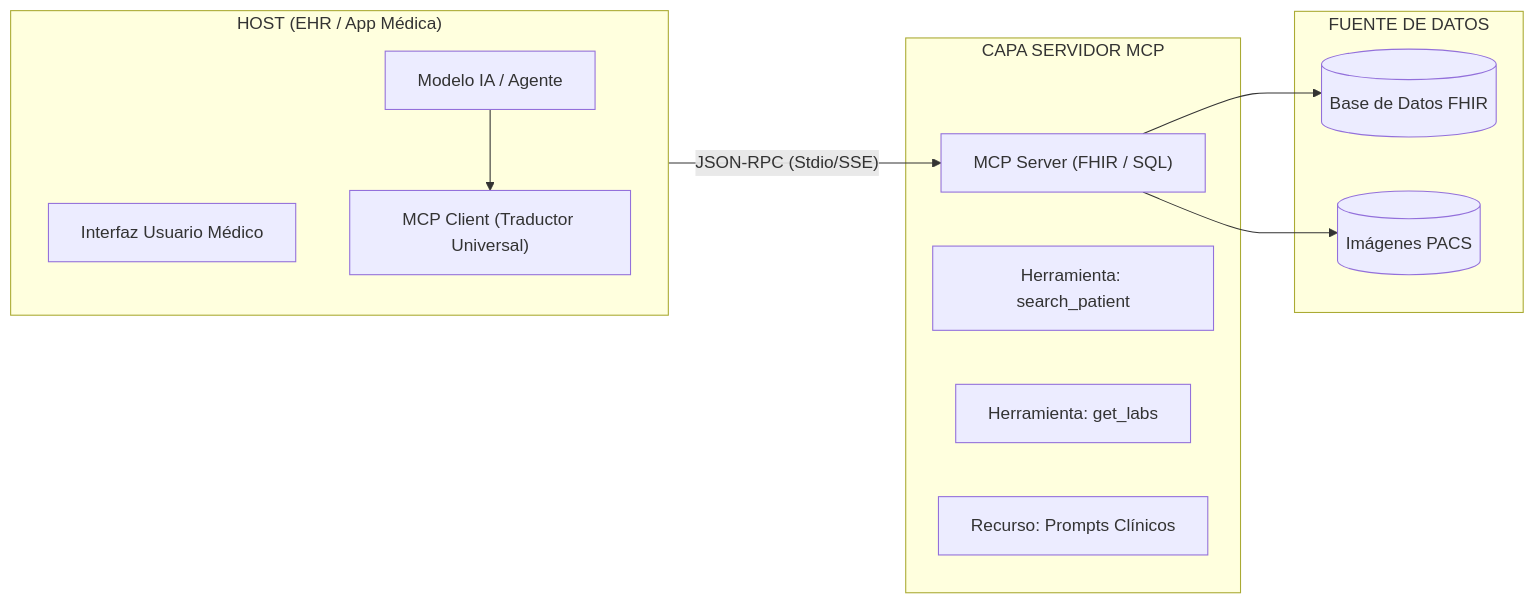
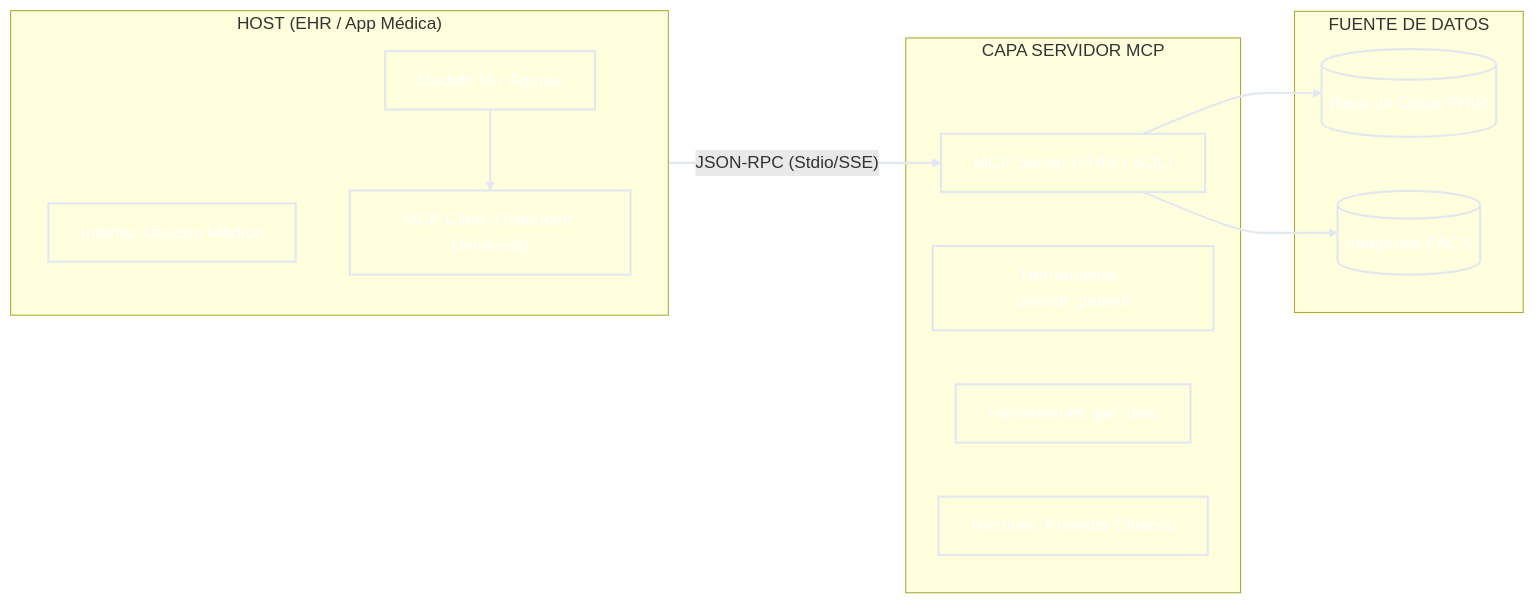
Before and after one commit to aotal/ai2026_llm: the eighth of 9 diagrams in Curso_Completo_IA_Salud.qmd, drawn with Mermaid. The commit also changed other lines of this file and 7 other files, not shown here.

````diff
--- a/Curso_Completo_IA_Salud.qmd
+++ b/Curso_Completo_IA_Salud.qmd
@@ -1212,28 +1232,39 @@
 ```{mermaid}
 %%| fig-width: 100%
 graph LR
     subgraph Host ["HOST (EHR / App Médica)"]
         direction TB
         UI["Interfaz Usuario Médico"]
         LLM["Modelo IA / Agente"]
         Client["MCP Client (Traductor Universal)"]
     end
 
     subgraph ServerLayer ["CAPA SERVIDOR MCP"]
         Server["MCP Server (FHIR / SQL)"]
         Tool1["Herramienta: search_patient"]
         Tool2["Herramienta: get_labs"]
         Res1["Recurso: Prompts Clínicos"]
     end
 
     subgraph Data ["FUENTE DE DATOS"]
         DB[("Base de Datos FHIR")]
         PACS[("Imágenes PACS")]
     end
 
     LLM --> Client
     Client -- "JSON-RPC (Stdio/SSE)" --> Server
     Server --> DB
     Server --> PACS
 
+    style UI fill:transparent,stroke:#e2e8f0,stroke-width:2px,color:#fff
+    style LLM fill:transparent,stroke:#e2e8f0,stroke-width:2px,color:#fff
+    style Client fill:transparent,stroke:#e2e8f0,stroke-width:2px,color:#fff
+    style Server fill:transparent,stroke:#e2e8f0,stroke-width:2px,color:#fff
+    style Tool1 fill:transparent,stroke:#e2e8f0,stroke-width:2px,color:#fff
+    style Tool2 fill:transparent,stroke:#e2e8f0,stroke-width:2px,color:#fff
+    style Res1 fill:transparent,stroke:#e2e8f0,stroke-width:2px,color:#fff
+    style DB fill:transparent,stroke:#e2e8f0,stroke-width:2px,color:#fff
+    style PACS fill:transparent,stroke:#e2e8f0,stroke-width:2px,color:#fff
+    
+    linkStyle default stroke:#e2e8f0,stroke-width:2px;
 ```
````
